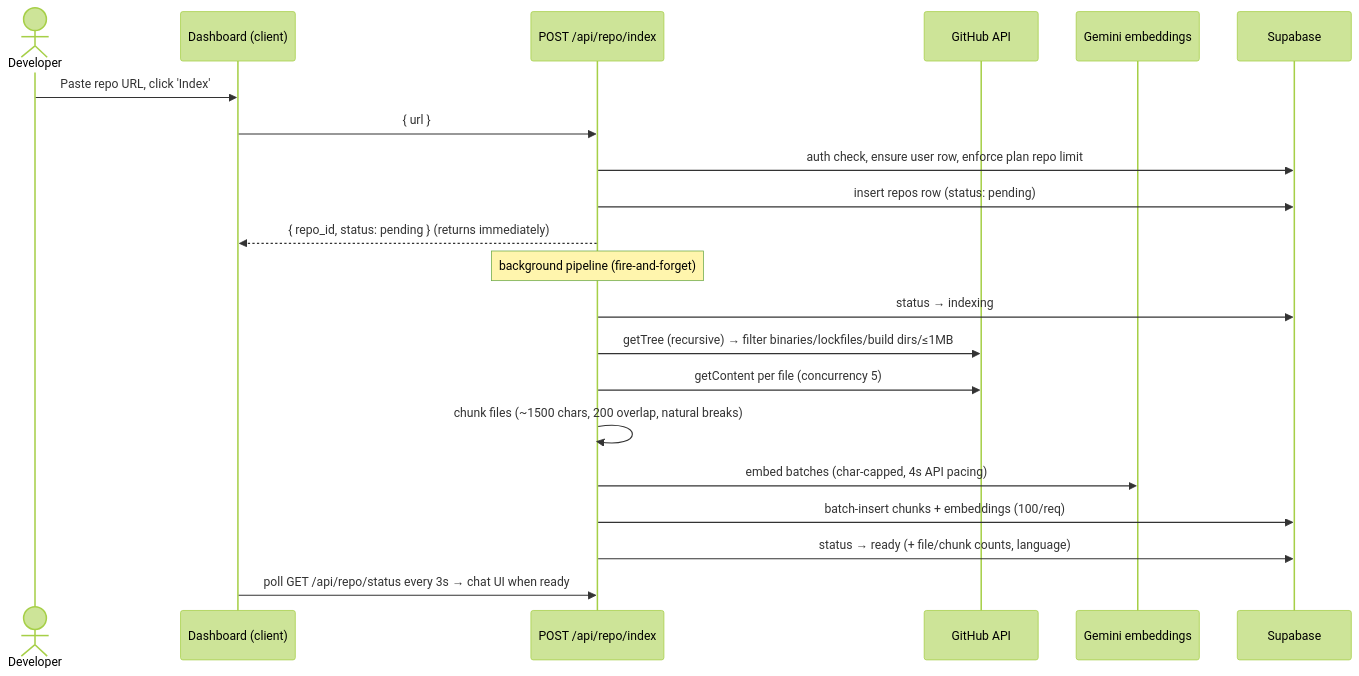
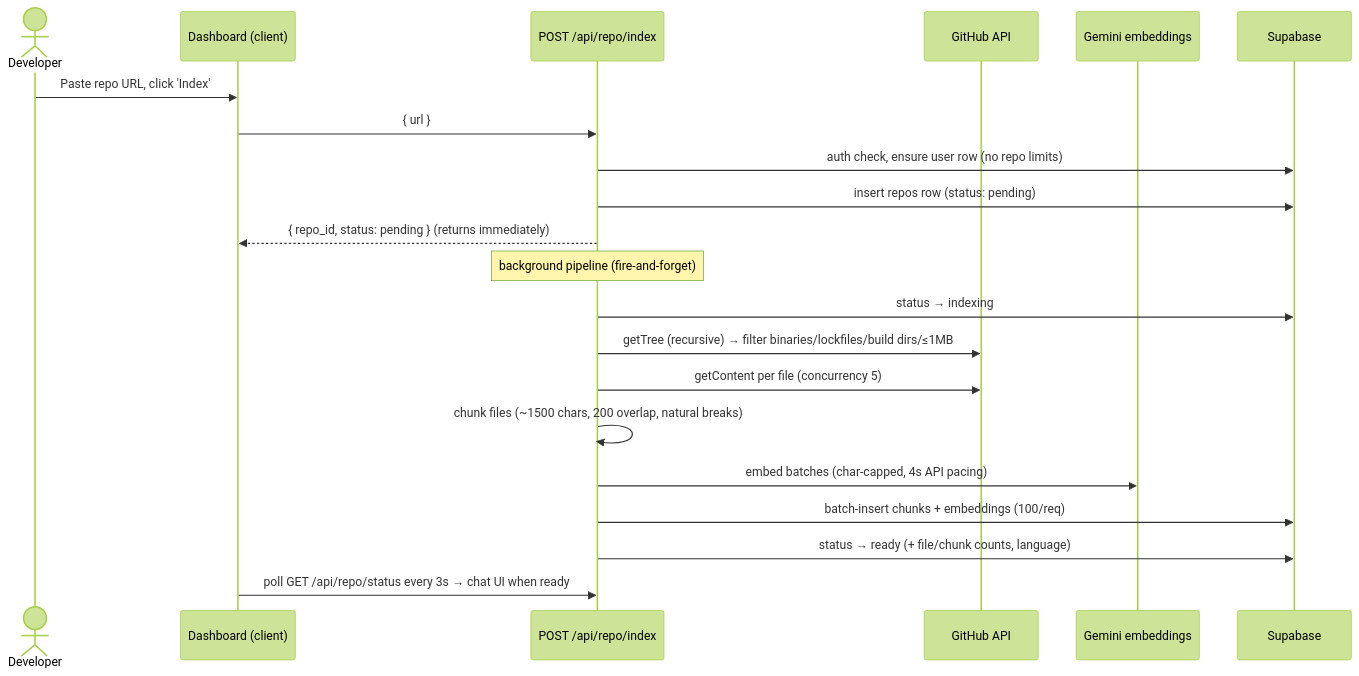
One commit to rishabhsharmaa/DevAsk changed the second of 4 diagrams in README.md. Above: the diagram before and after it, drawn with Mermaid (forest theme). The commit also changed other lines of this file and 23 other files, not shown here.

````diff
--- a/README.md
+++ b/README.md
@@ -105,24 +101,24 @@
 ```mermaid
 sequenceDiagram
     actor D as Developer
     participant UI as Dashboard (client)
     participant API as POST /api/repo/index
     participant GH as GitHub API
     participant GE as Gemini embeddings
     participant DB as Supabase
 
     D->>UI: Paste repo URL, click 'Index'
     UI->>API: { url }
-    API->>DB: auth check, ensure user row, enforce plan repo limit
+    API->>DB: auth check, ensure user row (no repo limits)
     API->>DB: insert repos row (status: pending)
     API-->>UI: { repo_id, status: pending } (returns immediately)
     Note over API: background pipeline (fire-and-forget)
     API->>DB: status → indexing
     API->>GH: getTree (recursive) → filter binaries/lockfiles/build dirs/≤1MB
     API->>GH: getContent per file (concurrency 5)
     API->>API: chunk files (~1500 chars, 200 overlap, natural breaks)
     API->>GE: embed batches (char-capped, 4s API pacing)
     API->>DB: batch-insert chunks + embeddings (100/req)
     API->>DB: status → ready (+ file/chunk counts, language)
     UI->>API: poll GET /api/repo/status every 3s → chat UI when ready
 ```
````
